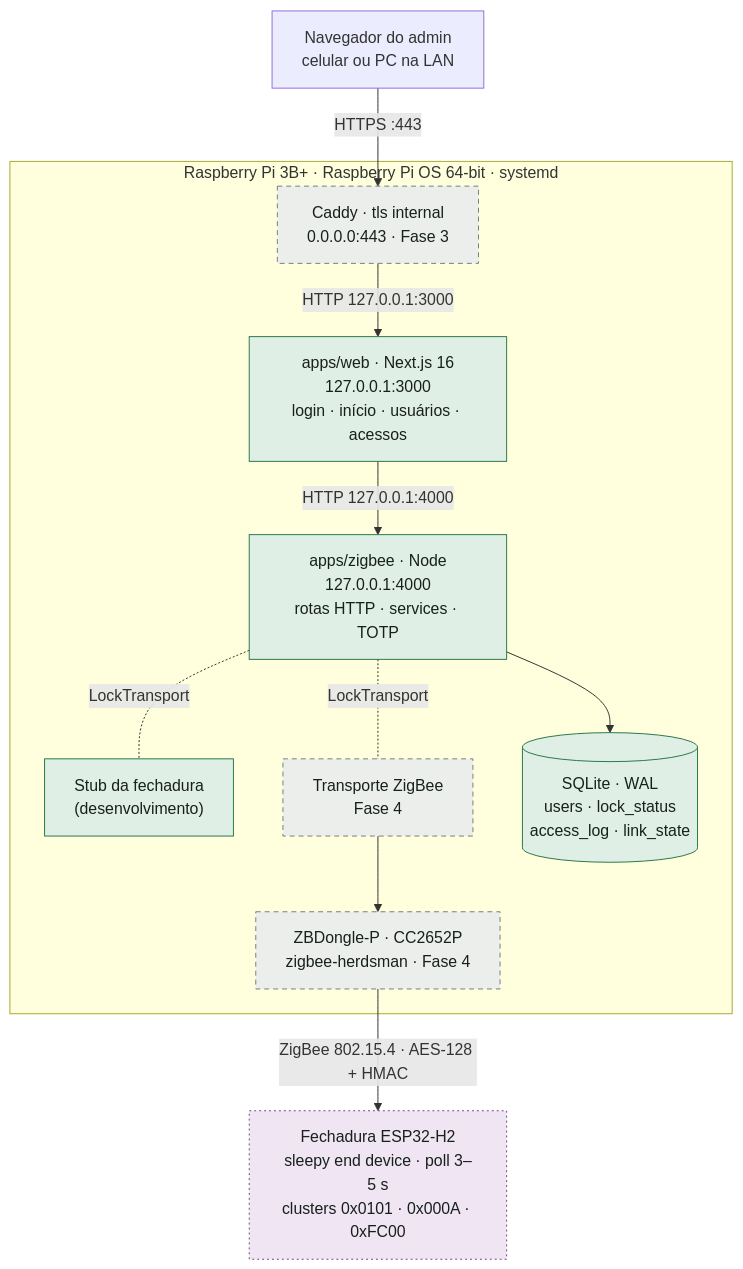
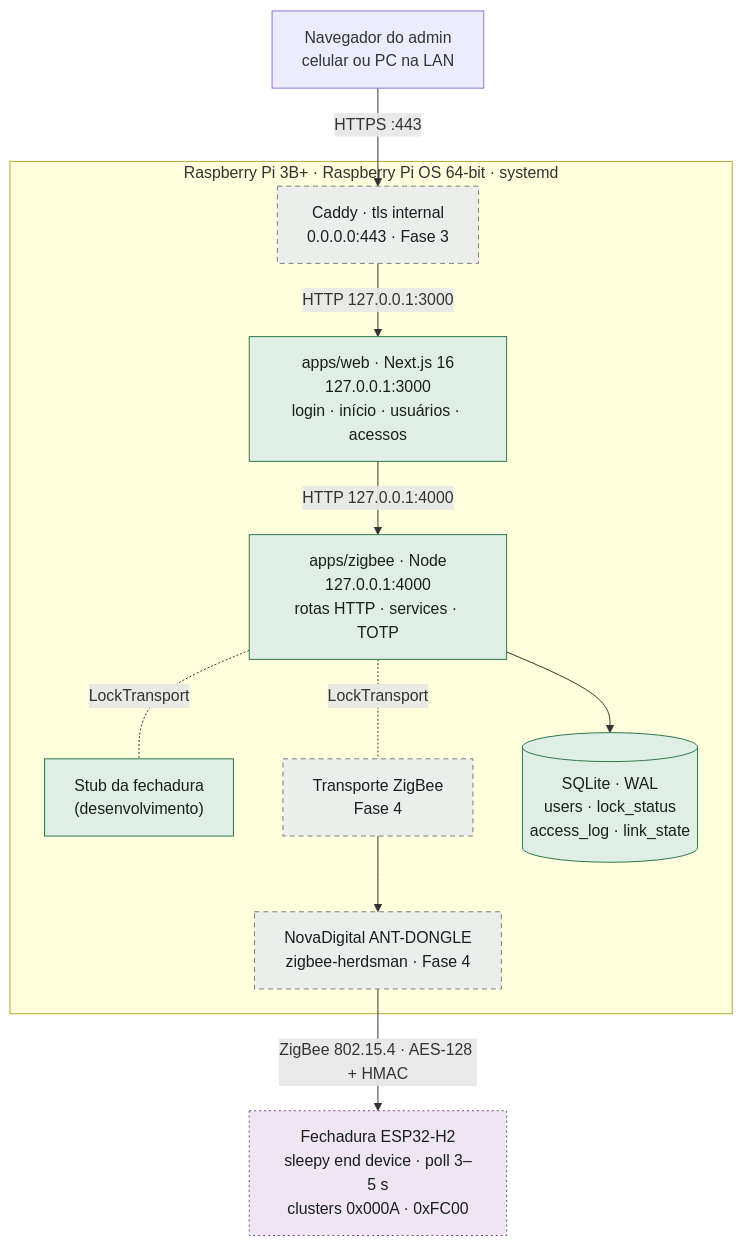
Before and after one commit to Rafael-Innecco/SmartEntry: the diagram in raspberry_pi/smart-entry/docs/plano-desenvolvimento.md, drawn with Mermaid. The commit also changed other lines of this file and 40 other files, not shown here.

````diff
--- a/raspberry_pi/smart-entry/docs/plano-desenvolvimento.md
+++ b/raspberry_pi/smart-entry/docs/plano-desenvolvimento.md
@@ -36,32 +36,32 @@
 ```mermaid
 flowchart TB
   browser["Navegador do admin<br/>celular ou PC na LAN"]
 
   subgraph pi["Raspberry Pi 3B+ · Raspberry Pi OS 64-bit · systemd"]
     caddy["Caddy · tls internal<br/>0.0.0.0:443 · Fase 3"]
     web["apps/web · Next.js 16<br/>127.0.0.1:3000<br/>login · início · usuários · acessos"]
     zigbee["apps/zigbee · Node<br/>127.0.0.1:4000<br/>rotas HTTP · services · TOTP"]
     stub["Stub da fechadura<br/>(desenvolvimento)"]
     transport["Transporte ZigBee<br/>Fase 4"]
     db[("SQLite · WAL<br/>users · lock_status<br/>access_log · link_state")]
-    dongle["ZBDongle-P · CC2652P<br/>zigbee-herdsman · Fase 4"]
+    dongle["NovaDigital ANT-DONGLE<br/>zigbee-herdsman · Fase 4"]
   end
 
-  lock["Fechadura ESP32-H2<br/>sleepy end device · poll 3–5 s<br/>clusters 0x0101 · 0x000A · 0xFC00"]
+  lock["Fechadura ESP32-H2<br/>sleepy end device · poll 3–5 s<br/>clusters 0x000A · 0xFC00"]
 
   browser -- "HTTPS :443" --> caddy
   caddy -- "HTTP 127.0.0.1:3000" --> web
   web -- "HTTP 127.0.0.1:4000" --> zigbee
   zigbee --> db
   zigbee -.-|LockTransport| stub
   zigbee -.-|LockTransport| transport
   transport --> dongle
   dongle -- "ZigBee 802.15.4 · AES-128 + HMAC" --> lock
 
   classDef done fill:#e0efe5,stroke:#2b784a,color:#17201d
   classDef planned fill:#eceeec,stroke:#74817c,stroke-dasharray:5 4,color:#17201d
   classDef external fill:#f0e5f2,stroke:#7a4686,stroke-dasharray:2 3,color:#17201d
   class web,zigbee,stub,db done
   class caddy,transport,dongle planned
   class lock external
 ```
````
